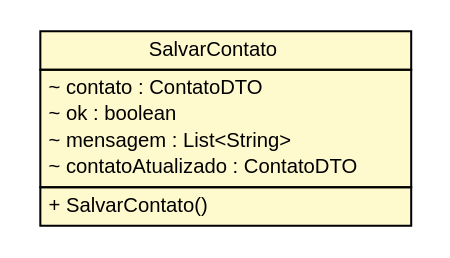
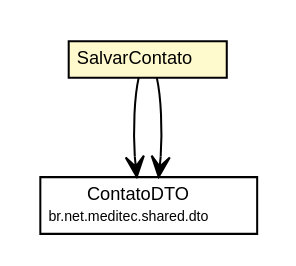
Before and after one commit to caarlos0-graveyard/meditec: the diagram in apidocs/br/net/meditec/shared/commands/SalvarContato.dot, drawn with Graphviz. The commit also changed 517 other files, not shown here.

```diff
--- a/apidocs/br/net/meditec/shared/commands/SalvarContato.dot
+++ b/apidocs/br/net/meditec/shared/commands/SalvarContato.dot
@@ -1,27 +1,27 @@
 #!/usr/local/bin/dot
 #
 # Class diagram 
-# Generated by UMLGraph version 5.1 (http://www.umlgraph.org/)
+# Generated by UmlGraph version 4.6 (http://www.spinellis.gr/sw/umlgraph)
 #
 
 digraph G {
 	edge [fontname="Helvetica",fontsize=10,labelfontname="Helvetica",labelfontsize=10];
 	node [fontname="Helvetica",fontsize=10,shape=plaintext];
-	nodesep=0.25;
-	ranksep=0.5;
 	// br.net.meditec.shared.commands.SalvarContato
-	c1356 [label=<<table title="br.net.meditec.shared.commands.SalvarContato" border="0" cellborder="1" cellspacing="0" cellpadding="2" port="p" bgcolor="lemonChiffon" href="./SalvarContato.html">
+	c1319 [label=<<table border="0" cellborder="1" cellspacing="0" cellpadding="2" port="p" bgcolor="lemonChiffon" href="./SalvarContato.html">
 		<tr><td><table border="0" cellspacing="0" cellpadding="1">
-<tr><td align="center" balign="center"> SalvarContato </td></tr>
+			<tr><td> SalvarContato </td></tr>
 		</table></td></tr>
+		</table>>, fontname="Helvetica", fontcolor="black", fontsize=9.0];
+	// br.net.meditec.shared.dto.ContatoDTO
+	c1330 [label=<<table border="0" cellborder="1" cellspacing="0" cellpadding="2" port="p" href="../dto/ContatoDTO.html">
 		<tr><td><table border="0" cellspacing="0" cellpadding="1">
-<tr><td align="left" balign="left"> ~ contato : ContatoDTO </td></tr>
-<tr><td align="left" balign="left"> ~ ok : boolean </td></tr>
-<tr><td align="left" balign="left"> ~ mensagem : List&lt;String&gt; </td></tr>
-<tr><td align="left" balign="left"> ~ contatoAtualizado : ContatoDTO </td></tr>
+			<tr><td> ContatoDTO </td></tr>
+			<tr><td><font point-size="7.0"> br.net.meditec.shared.dto </font></td></tr>
 		</table></td></tr>
-		<tr><td><table border="0" cellspacing="0" cellpadding="1">
-<tr><td align="left" balign="left"> + SalvarContato() </td></tr>
-		</table></td></tr>
-		</table>>, fontname="Helvetica", fontcolor="black", fontsize=10.0];
+		</table>>, fontname="Helvetica", fontcolor="black", fontsize=9.0];
+	// br.net.meditec.shared.commands.SalvarContato NAVASSOC br.net.meditec.shared.dto.ContatoDTO
+	c1319:p -> c1330:p [taillabel="", label="", headlabel="", fontname="Helvetica", fontcolor="black", fontsize=10.0, color="black", arrowhead=open];
+	// br.net.meditec.shared.commands.SalvarContato NAVASSOC br.net.meditec.shared.dto.ContatoDTO
+	c1319:p -> c1330:p [taillabel="", label="", headlabel="", fontname="Helvetica", fontcolor="black", fontsize=10.0, color="black", arrowhead=open];
 }
```
